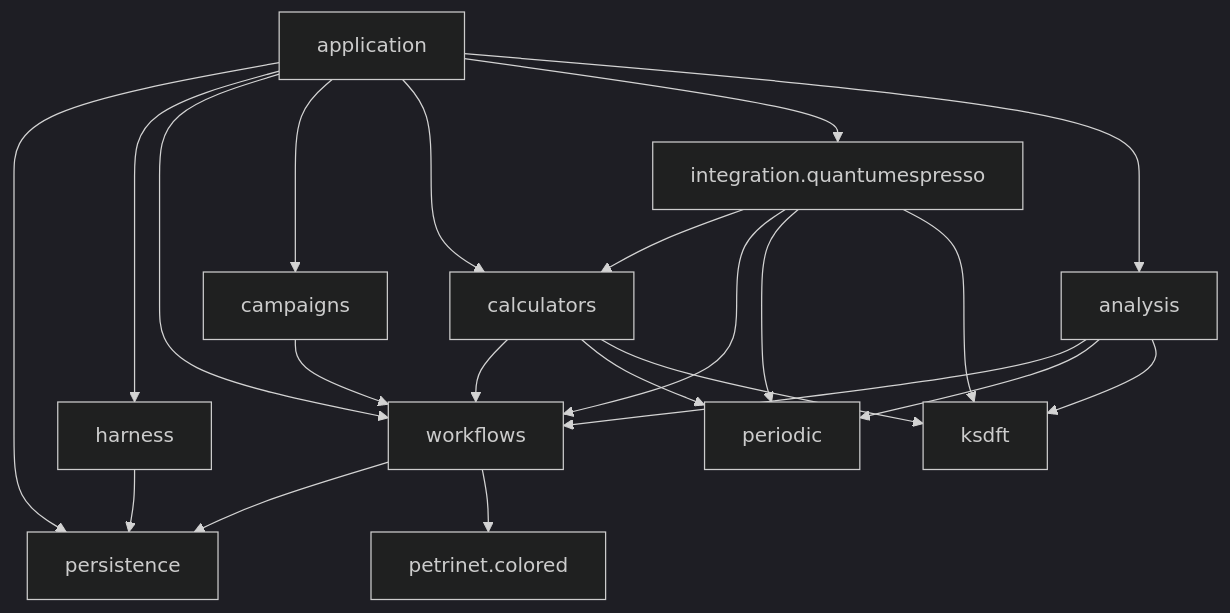
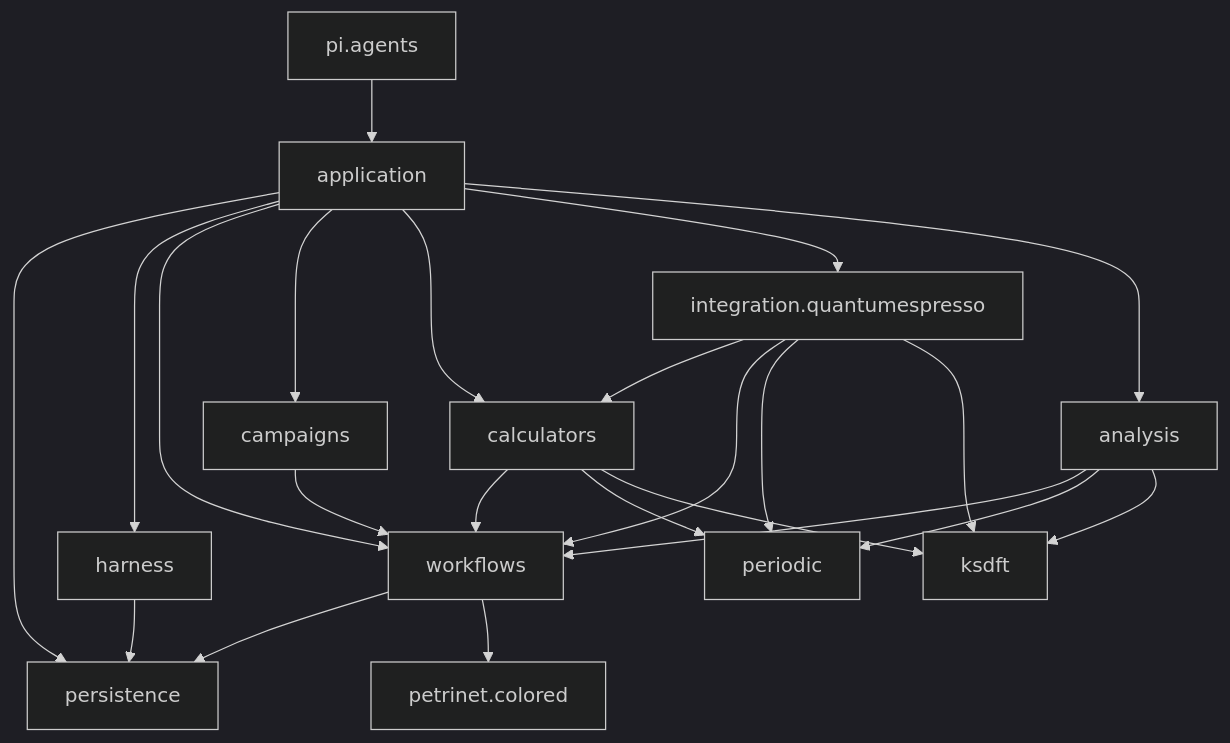
The diagram in docs/architecture/v2/ksdft2effmass/index.md (eragasa/ksdft2effmass), drawn with Mermaid (dark theme) before and after one commit. The commit also changed other lines of this file and 15 other files, not shown here.

Commit message:
docs(architecture): define governed agent system

````diff
--- a/docs/architecture/v2/ksdft2effmass/index.md
+++ b/docs/architecture/v2/ksdft2effmass/index.md
@@ -9,36 +9,38 @@
 ```mermaid
 flowchart TB
     app["application"]
     persistence["persistence"]
     harness["harness"]
     workflows["workflows"]
     petrinet["petrinet.colored"]
     campaigns["campaigns"]
     calculators["calculators"]
     integration["integration.quantumespresso"]
     periodic["periodic"]
     ksdft["ksdft"]
     analysis["analysis"]
+    pi_agents["pi.agents"]
 
+    pi_agents --> app
     app --> persistence
     app --> harness
     app --> workflows
     app --> campaigns
     app --> calculators
     app --> integration
     app --> analysis
     harness --> persistence
     workflows --> persistence
     workflows --> petrinet
     campaigns --> workflows
     calculators --> workflows
     calculators --> periodic
     calculators --> ksdft
     integration --> calculators
     integration --> workflows
     integration --> periodic
     integration --> ksdft
     analysis --> workflows
     analysis --> periodic
     analysis --> ksdft
 ```
````
